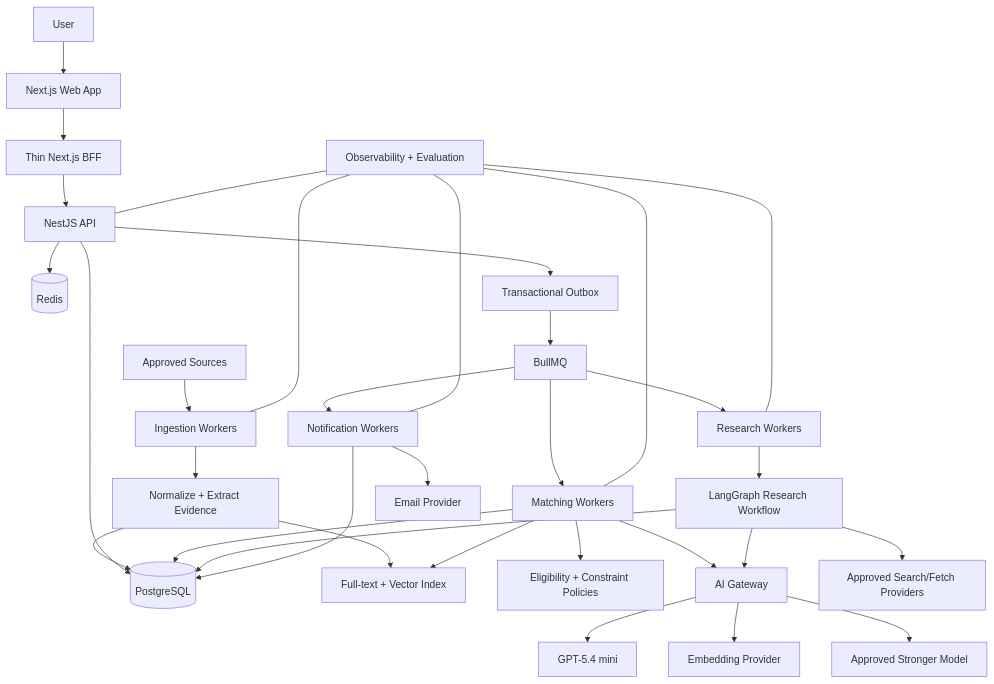
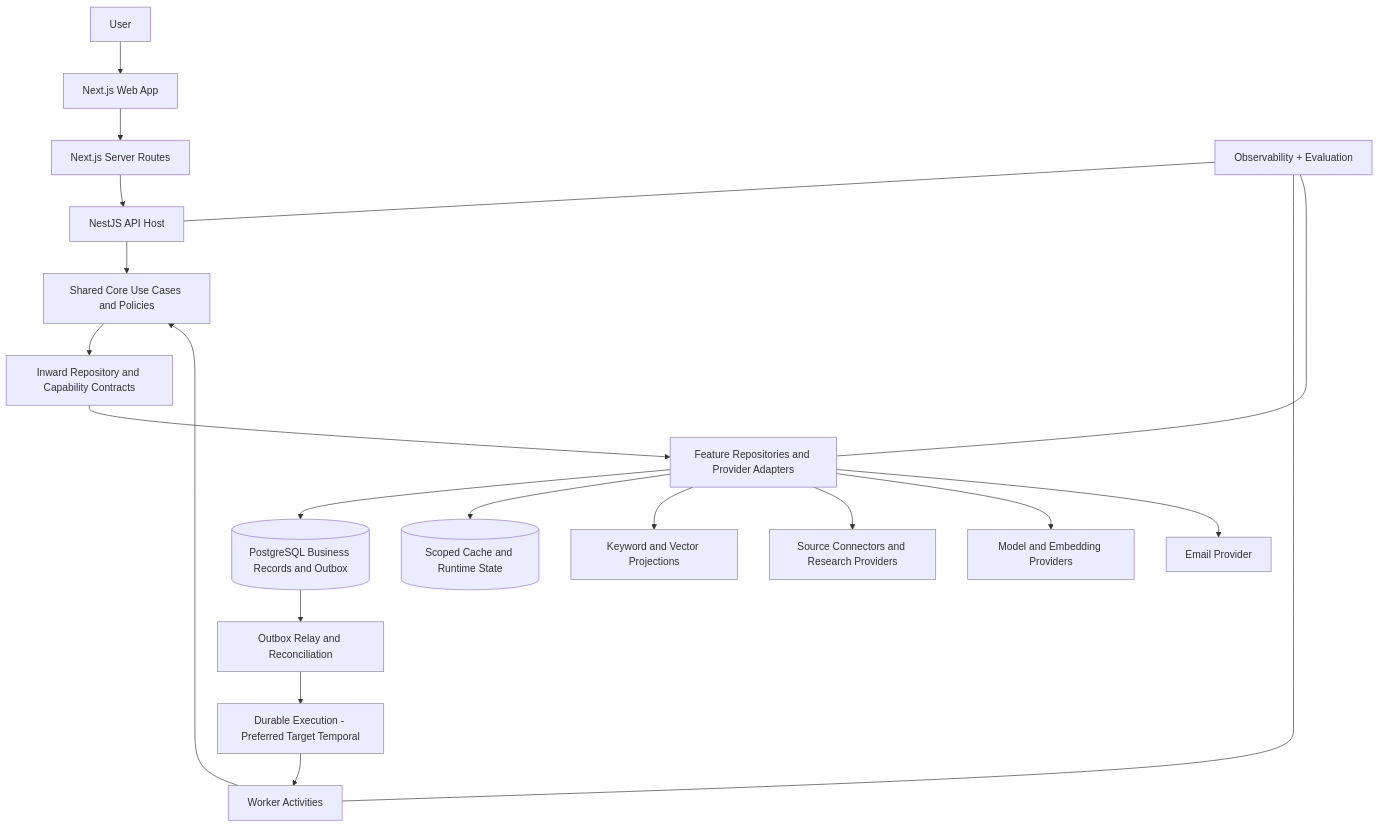
The first of 2 diagrams in docs/architecture/scoutalert-platform-architecture-v0.1.md (VictorOluwaseun/scoutalert), drawn with Mermaid before and after one commit. The commit also changed other lines of this file and 9 other files, not shown here.

Commit message:
docs: align platform scope architecture and engineering standards

````diff
--- a/docs/architecture/scoutalert-platform-architecture-v0.1.md
+++ b/docs/architecture/scoutalert-platform-architecture-v0.1.md
@@ -35,43 +40,22 @@
-~~~mermaid
+```mermaid
 flowchart TB
     USER[User] --> WEB[Next.js Web App]
-    WEB --> BFF[Thin Next.js BFF]
-    BFF --> API[NestJS API]
-
-    SOURCES[Approved Sources] --> INGEST[Ingestion Workers]
-    INGEST --> NORMALIZE[Normalize + Extract Evidence]
-    NORMALIZE --> PG[(PostgreSQL)]
-    NORMALIZE --> INDEX[Full-text + Vector Index]
-
-    API --> PG
-    API --> REDIS[(Redis)]
-    API --> OUTBOX[Transactional Outbox]
-    OUTBOX --> QUEUE[BullMQ]
-
-    QUEUE --> MATCH[Matching Workers]
-    QUEUE --> RESEARCH[Research Workers]
-    QUEUE --> NOTIFY[Notification Workers]
-
-    MATCH --> INDEX
-    MATCH --> RULES[Eligibility + Constraint Policies]
-    MATCH --> AI[AI Gateway]
-    MATCH --> PG
-
-    RESEARCH --> GRAPH[LangGraph Research Workflow]
-    GRAPH --> SEARCH[Approved Search/Fetch Providers]
-    GRAPH --> AI
-    GRAPH --> PG
-
-    NOTIFY --> PG
-    NOTIFY --> EMAIL[Email Provider]
-
-    AI --> MINI[GPT-5.4 mini]
-    AI --> EMBED[Embedding Provider]
-    AI --> FALLBACK[Approved Stronger Model]
-
+    WEB --> SERVER[Next.js Server Routes]
+    SERVER --> API[NestJS API Host]
+    API --> CORE[Shared Core Use Cases and Policies]
+    WORKER[Worker Activities] --> CORE
+    CORE --> PORTS[Inward Repository and Capability Contracts]
+    PORTS --> ADAPTERS[Feature Repositories and Provider Adapters]
+    ADAPTERS --> PG[(PostgreSQL Business Records and Outbox)]
+    ADAPTERS --> REDIS[(Scoped Cache and Runtime State)]
+    ADAPTERS --> INDEX[Keyword and Vector Projections]
+    ADAPTERS --> SOURCES[Source Connectors and Research Providers]
+    ADAPTERS --> AI[Model and Embedding Providers]
+    ADAPTERS --> EMAIL[Email Provider]
+    PG --> RELAY[Outbox Relay and Reconciliation]
+    RELAY --> EXEC[Durable Execution - Preferred Target Temporal]
+    EXEC --> WORKER
     OBS[Observability + Evaluation] --- API
-    OBS --- INGEST
-    OBS --- MATCH
-    OBS --- RESEARCH
-    OBS --- NOTIFY
-~~~
+    OBS --- WORKER
+    OBS --- ADAPTERS
+```
````
